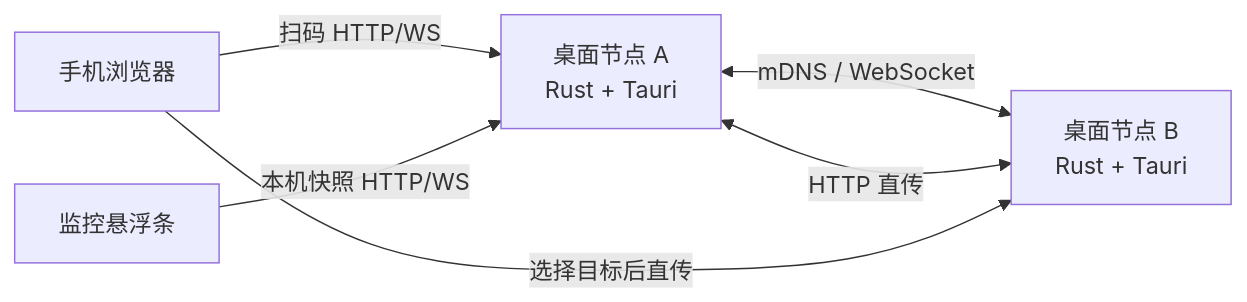
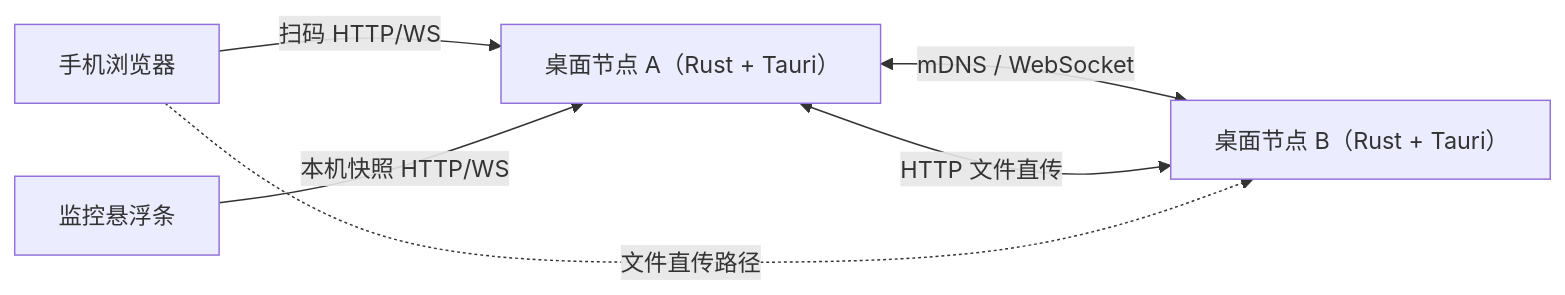
The first of 4 diagrams in docs/ARCHITECTURE_MAP.md (yangjinming1062/MeshShare), drawn with Mermaid before and after one commit. The commit also changed other lines of this file and 7 other files, not shown here.

````diff
--- a/docs/ARCHITECTURE_MAP.md
+++ b/docs/ARCHITECTURE_MAP.md
@@ -5,8 +5,8 @@
 ```mermaid
 flowchart LR
-  A[桌面节点 A\nRust + Tauri] <-->|mDNS / WebSocket| B[桌面节点 B\nRust + Tauri]
-  A <-->|HTTP 直传| B
-  P[手机浏览器] -->|扫码 HTTP/WS| A
-  P -->|选择目标后直传| B
-  M[监控悬浮条] -->|本机快照 HTTP/WS| A
+  A["桌面节点 A（Rust + Tauri）"] <-->|mDNS / WebSocket| B["桌面节点 B（Rust + Tauri）"]
+  A <-->|HTTP 文件直传| B
+  P["手机浏览器"] -->|扫码 HTTP/WS| A
+  P -.->|文件直传路径| B
+  M["监控悬浮条"] -->|本机快照 HTTP/WS| A
 ```
````
